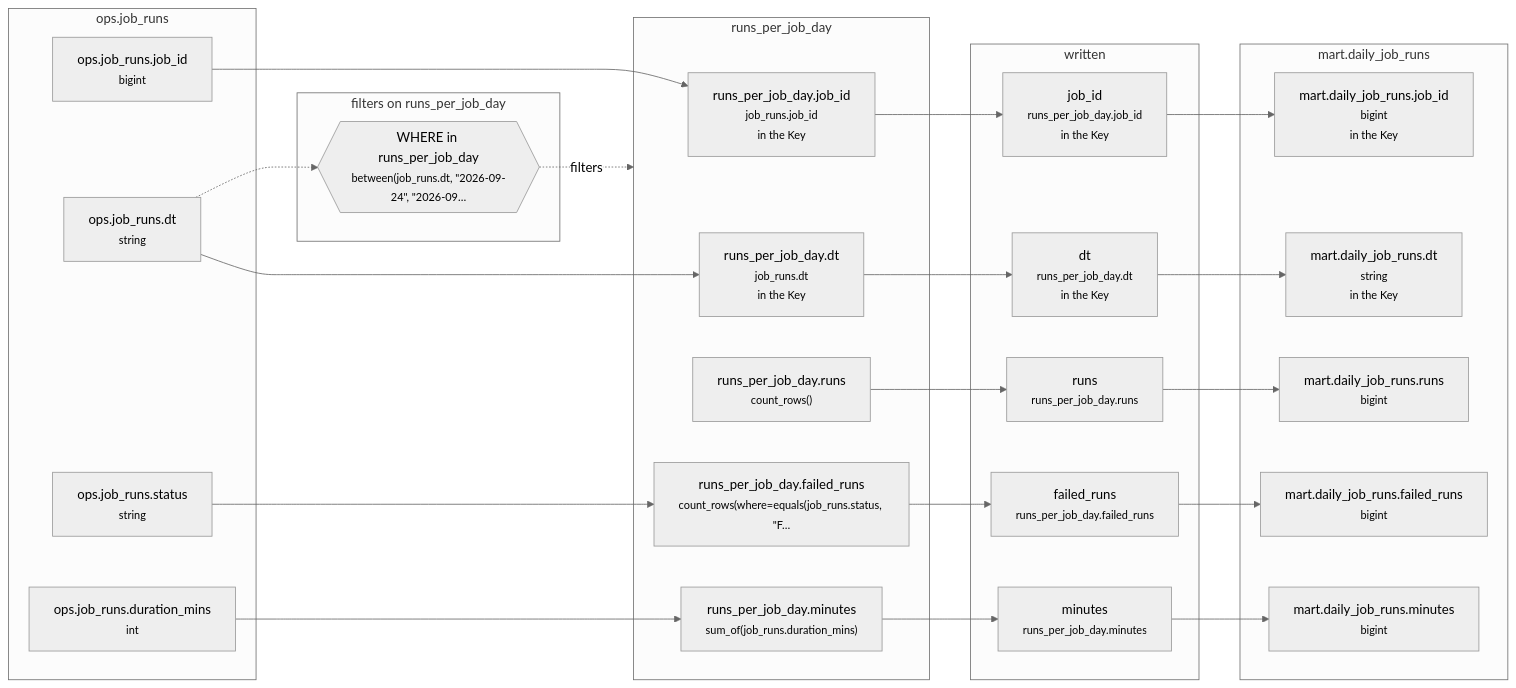
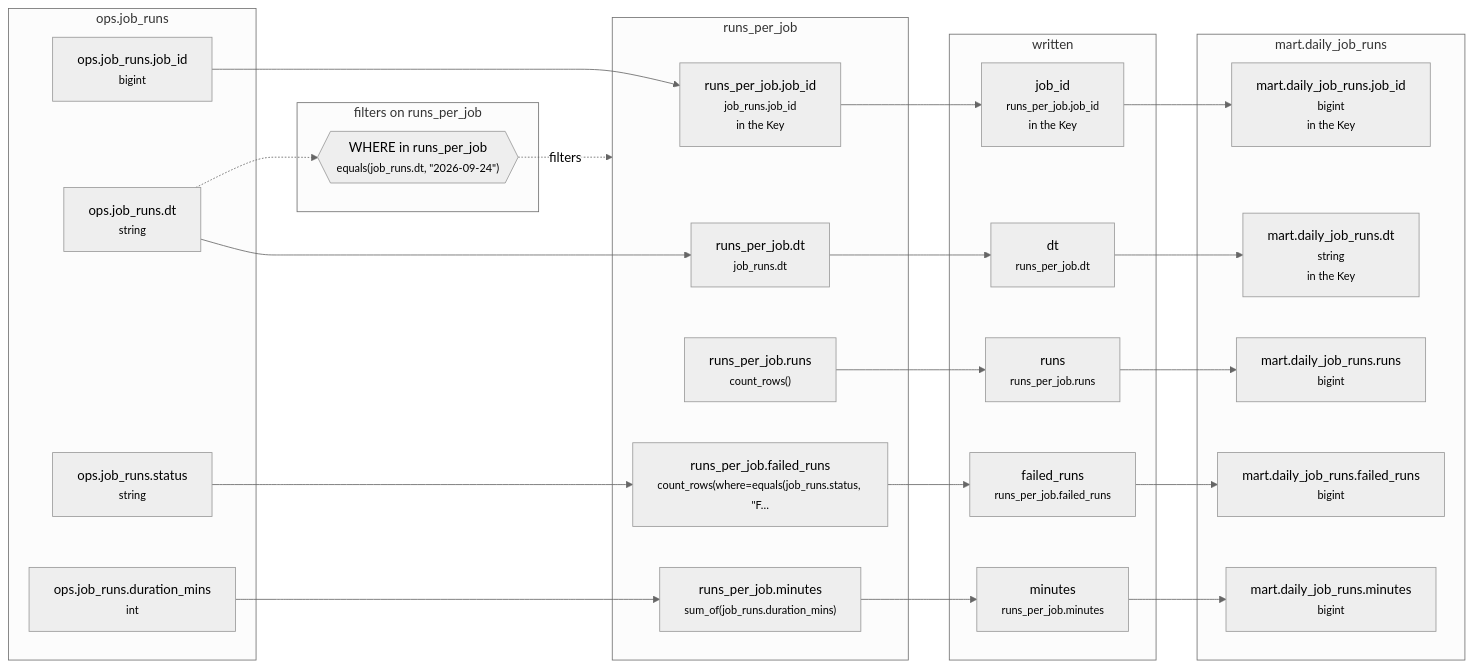
Before and after one commit to EdgyPage/SQL-Composer: the diagram in example_projects/starter/tables/mart__daily_job_runs/lineage/20260925-060000-mart__daily_job_runs.md, drawn with Mermaid (neutral theme). The commit also changed other lines of this file and 99 other files, not shown here.

````diff
--- a/example_projects/starter/tables/mart__daily_job_runs/lineage/20260925-060000-mart__daily_job_runs.md
+++ b/example_projects/starter/tables/mart__daily_job_runs/lineage/20260925-060000-mart__daily_job_runs.md
@@ -7,49 +7,49 @@
 ```mermaid
 flowchart LR
   subgraph g0["ops.job_runs"]
     n0["ops.job_runs.job_id<br/><small>bigint</small>"]
     n2["ops.job_runs.dt<br/><small>string</small>"]
     n5["ops.job_runs.status<br/><small>string</small>"]
     n7["ops.job_runs.duration_mins<br/><small>int</small>"]
   end
-  subgraph g1["runs_per_job_day"]
-    n1["runs_per_job_day.job_id<br/><small>job_runs.job_id</small><br/><small>in the Key</small>"]
-    n3["runs_per_job_day.dt<br/><small>job_runs.dt</small><br/><small>in the Key</small>"]
-    n4["runs_per_job_day.runs<br/><small>count_rows()</small>"]
-    n6["runs_per_job_day.failed_runs<br/><small>count_rows(where=equals(job_runs.status, #quot;F…</small>"]
-    n8["runs_per_job_day.minutes<br/><small>sum_of(job_runs.duration_mins)</small>"]
+  subgraph g1["runs_per_job"]
+    n1["runs_per_job.job_id<br/><small>job_runs.job_id</small><br/><small>in the Key</small>"]
+    n3["runs_per_job.dt<br/><small>job_runs.dt</small>"]
+    n4["runs_per_job.runs<br/><small>count_rows()</small>"]
+    n6["runs_per_job.failed_runs<br/><small>count_rows(where=equals(job_runs.status, #quot;F…</small>"]
+    n8["runs_per_job.minutes<br/><small>sum_of(job_runs.duration_mins)</small>"]
   end
-  subgraph g2["filters on runs_per_job_day"]
-    n9{{"WHERE in runs_per_job_day<br/><small>between(job_runs.dt, #quot;2026-09-24#quot;, #quot;2026-09…</small>"}}
+  subgraph g2["filters on runs_per_job"]
+    n9{{"WHERE in runs_per_job<br/><small>equals(job_runs.dt, #quot;2026-09-24#quot;)</small>"}}
   end
   subgraph g3["written"]
-    n10["job_id<br/><small>runs_per_job_day.job_id</small><br/><small>in the Key</small>"]
-    n11["runs<br/><small>runs_per_job_day.runs</small>"]
-    n12["failed_runs<br/><small>runs_per_job_day.failed_runs</small>"]
-    n13["minutes<br/><small>runs_per_job_day.minutes</small>"]
-    n14["dt<br/><small>runs_per_job_day.dt</small><br/><small>in the Key</small>"]
+    n10["job_id<br/><small>runs_per_job.job_id</small><br/><small>in the Key</small>"]
+    n11["runs<br/><small>runs_per_job.runs</small>"]
+    n12["failed_runs<br/><small>runs_per_job.failed_runs</small>"]
+    n13["minutes<br/><small>runs_per_job.minutes</small>"]
+    n14["dt<br/><small>runs_per_job.dt</small>"]
   end
   subgraph g4["mart.daily_job_runs"]
     n15["mart.daily_job_runs.job_id<br/><small>bigint</small><br/><small>in the Key</small>"]
     n16["mart.daily_job_runs.runs<br/><small>bigint</small>"]
     n17["mart.daily_job_runs.failed_runs<br/><small>bigint</small>"]
     n18["mart.daily_job_runs.minutes<br/><small>bigint</small>"]
     n19["mart.daily_job_runs.dt<br/><small>string</small><br/><small>in the Key</small>"]
   end
   n0 --> n1
   n2 --> n3
   n5 --> n6
   n7 --> n8
   n2 -.-> n9
   n1 --> n10
   n4 --> n11
   n6 --> n12
   n8 --> n13
   n3 --> n14
   n10 --> n15
   n11 --> n16
   n12 --> n17
   n13 --> n18
   n14 --> n19
   n9 -.->|filters| g1
 ```
````
